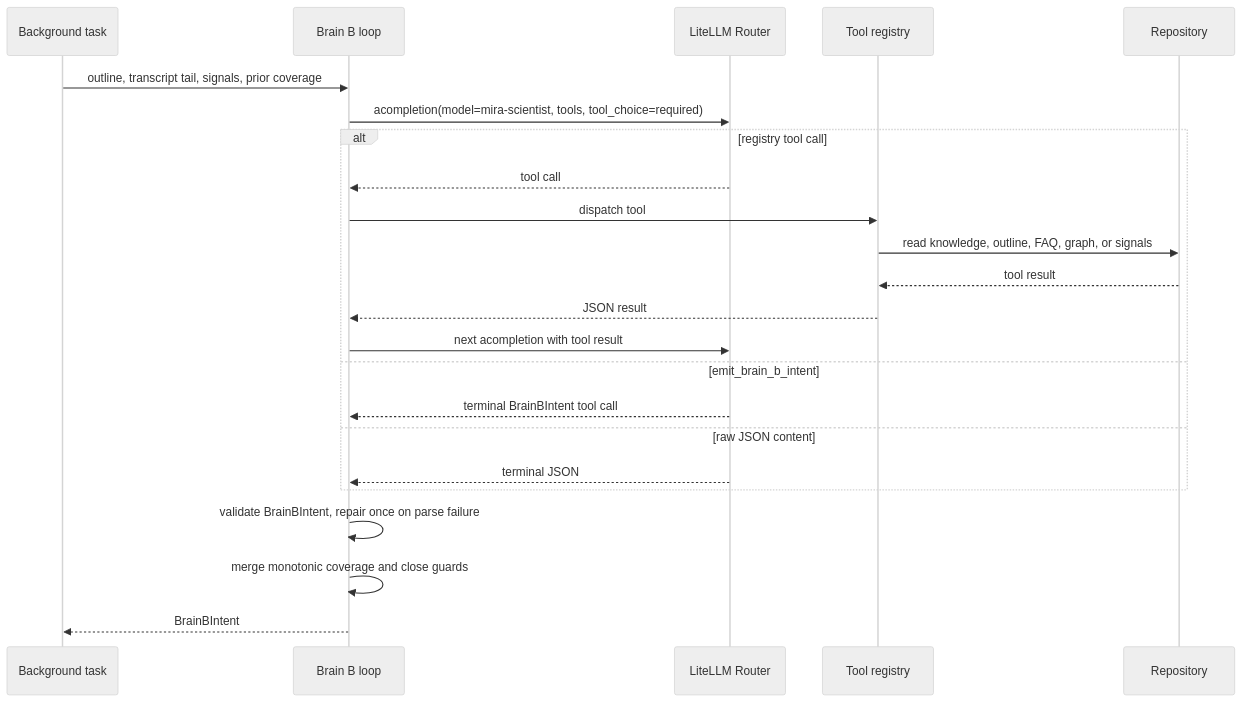
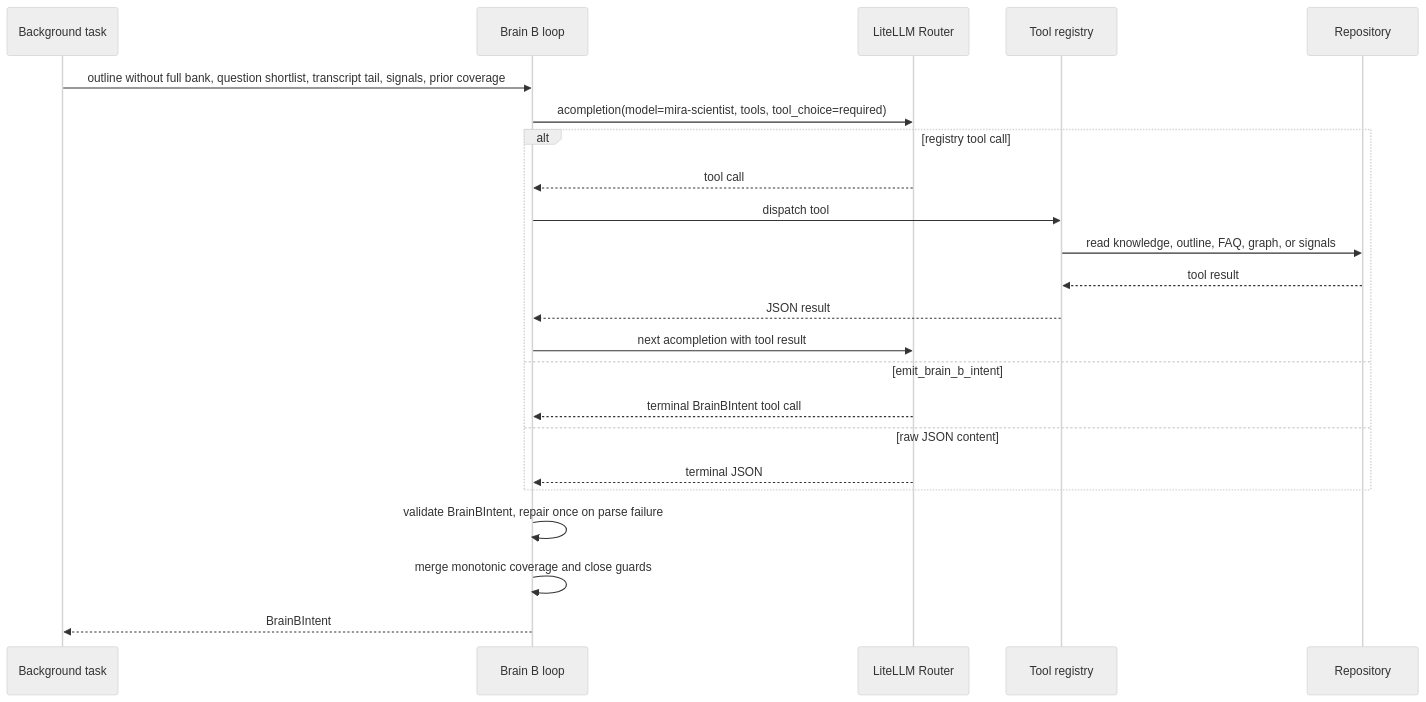
One commit to akougkas/agentic-survey changed the sixth of 9 diagrams in docs/INTERVIEW_CRITICAL_PATH.md. Above: the diagram before and after it, drawn with Mermaid (neutral theme). The commit also changed other lines of this file and 8 other files, not shown here.

````diff
--- a/docs/INTERVIEW_CRITICAL_PATH.md
+++ b/docs/INTERVIEW_CRITICAL_PATH.md
@@ -235,26 +236,26 @@
 ```mermaid
 sequenceDiagram
     participant BG as Background task
     participant B as Brain B loop
     participant Router as LiteLLM Router
     participant Tools as Tool registry
     participant Repo as Repository
 
-    BG->>B: outline, transcript tail, signals, prior coverage
+    BG->>B: outline without full bank, question shortlist, transcript tail, signals, prior coverage
     B->>Router: acompletion(model=mira-scientist, tools, tool_choice=required)
     alt registry tool call
         Router-->>B: tool call
         B->>Tools: dispatch tool
         Tools->>Repo: read knowledge, outline, FAQ, graph, or signals
         Repo-->>Tools: tool result
         Tools-->>B: JSON result
         B->>Router: next acompletion with tool result
     else emit_brain_b_intent
         Router-->>B: terminal BrainBIntent tool call
     else raw JSON content
         Router-->>B: terminal JSON
     end
     B->>B: validate BrainBIntent, repair once on parse failure
     B->>B: merge monotonic coverage and close guards
     B-->>BG: BrainBIntent
 ```
````
